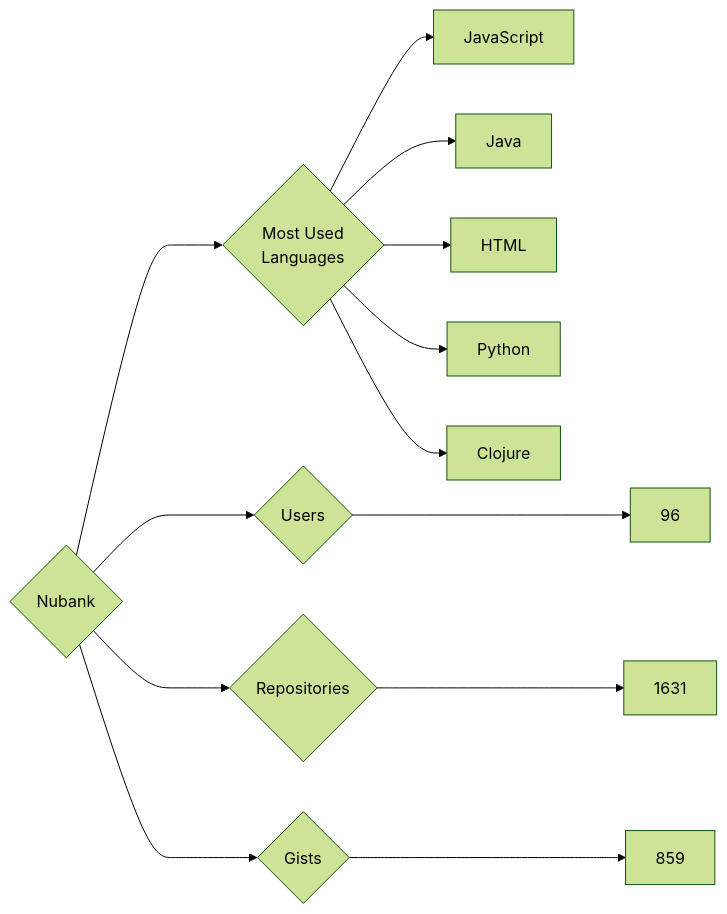
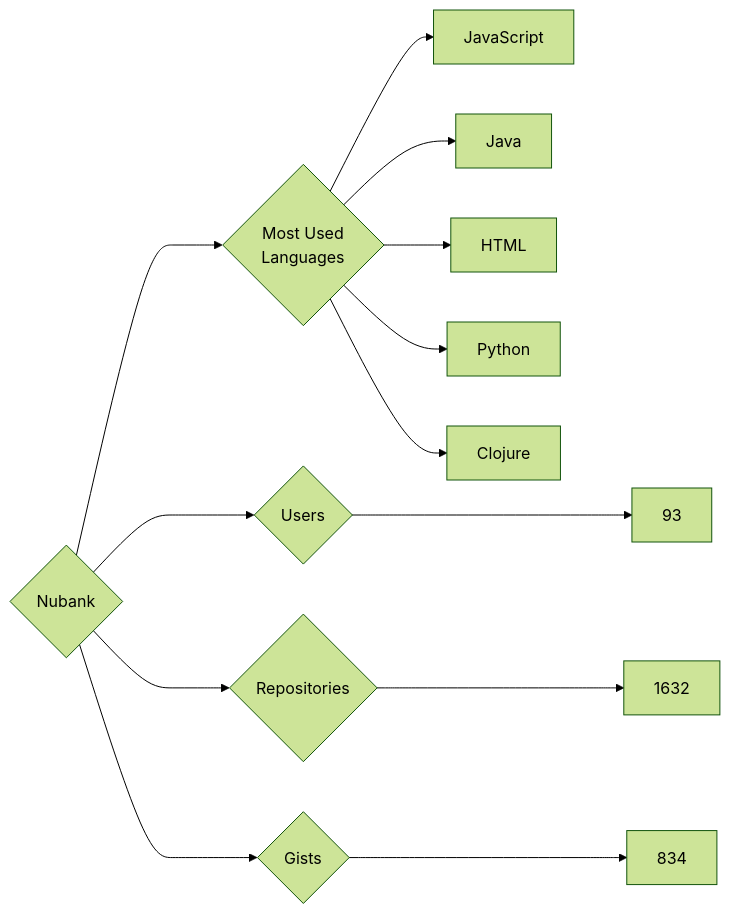
One commit to trickest/insiders changed the diagram in targets/Nubank/README.md. Above: the diagram before and after it, drawn with Mermaid (forest theme). The commit also changed 1389 other files, not shown here.

````diff
--- a/targets/Nubank/README.md
+++ b/targets/Nubank/README.md
@@ -3,13 +3,13 @@
 ```mermaid
 graph LR
 COMPANY_NAME{Nubank}
-COMPANY_NAME ---> U{Users} ---> UN[96]
-COMPANY_NAME ---> R{Repositories} ---> RN[1631]
-COMPANY_NAME ---> G{Gists} ---> GN[859]
+COMPANY_NAME ---> U{Users} ---> UN[93]
+COMPANY_NAME ---> R{Repositories} ---> RN[1632]
+COMPANY_NAME ---> G{Gists} ---> GN[834]
 COMPANY_NAME ---> ML{Most Used<br>Languages}
 ML --> JavaScript[JavaScript]
 ML --> Java[Java]
 ML --> HTML[HTML]
 ML --> Python[Python]
 ML --> Clojure[Clojure]
 ```
````
